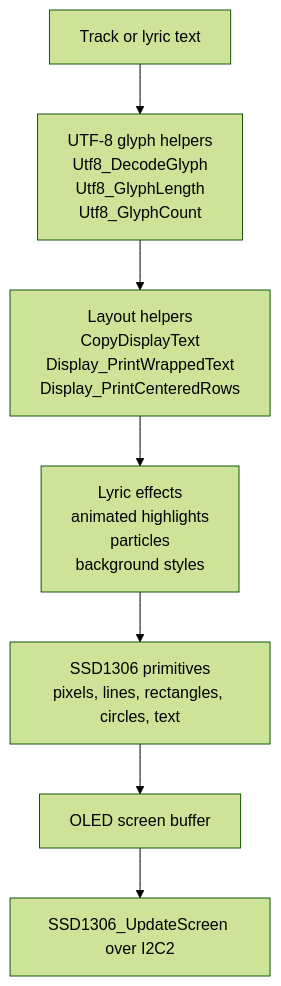
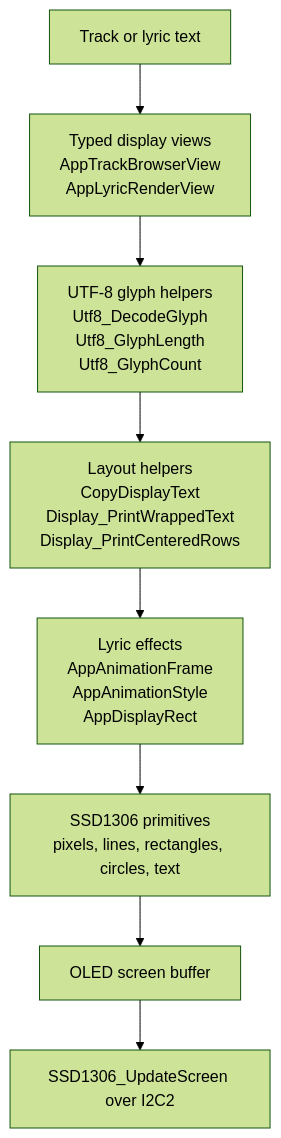
One commit to oscarsg29/lyrics_display changed the seventh of 11 diagrams in AGENTS.md. Above: the diagram before and after it, drawn with Mermaid (forest theme). The commit also changed other lines of this file and 22 other files, not shown here.

Commit message:
Isolate app architecture and harden display startup

````diff
--- a/AGENTS.md
+++ b/AGENTS.md
@@ -151,12 +182,13 @@
 ```mermaid
 flowchart TD
     Text["Track or lyric text"]
+    View["Typed display views<br/>AppTrackBrowserView<br/>AppLyricRenderView"]
     UTF8["UTF-8 glyph helpers<br/>Utf8_DecodeGlyph<br/>Utf8_GlyphLength<br/>Utf8_GlyphCount"]
     Layout["Layout helpers<br/>CopyDisplayText<br/>Display_PrintWrappedText<br/>Display_PrintCenteredRows"]
-    Effects["Lyric effects<br/>animated highlights<br/>particles<br/>background styles"]
+    Effects["Lyric effects<br/>AppAnimationFrame<br/>AppAnimationStyle<br/>AppDisplayRect"]
     Primitive["SSD1306 primitives<br/>pixels, lines, rectangles, circles, text"]
     Buffer["OLED screen buffer"]
     I2CFlush["SSD1306_UpdateScreen over I2C2"]
 
-    Text --> UTF8 --> Layout --> Effects --> Primitive --> Buffer --> I2CFlush
+    Text --> View --> UTF8 --> Layout --> Effects --> Primitive --> Buffer --> I2CFlush
 ```
````
